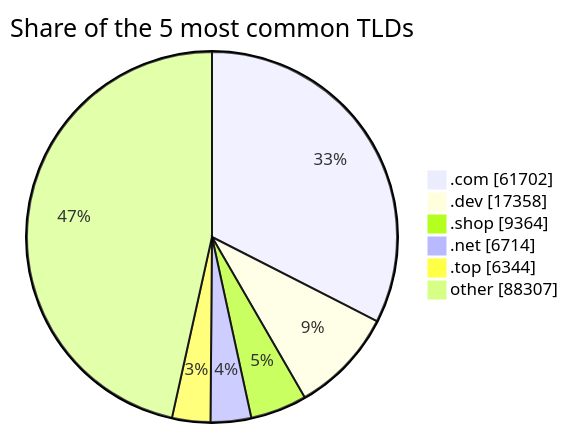
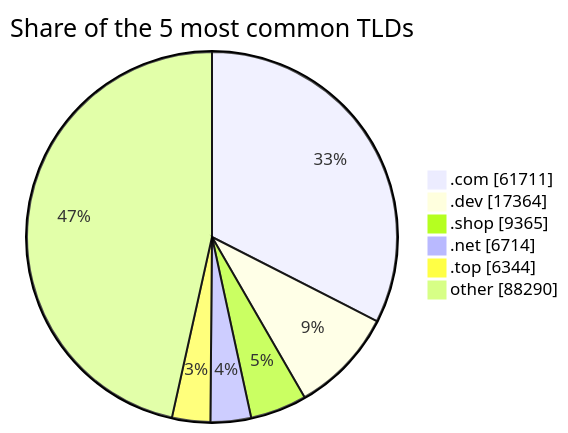
One commit to DNSBunker/CTI changed the third of 3 diagrams in README.md. Above: the diagram before and after it, drawn with Mermaid. The commit also changed other lines of this file and 3 other files, not shown here.

````diff
--- a/README.md
+++ b/README.md
@@ -81,9 +81,9 @@
 ```mermaid
 pie showData title Share of the 5 most common TLDs
-    ".com" : 61702
-    ".dev" : 17358
-    ".shop" : 9364
+    ".com" : 61711
+    ".dev" : 17364
+    ".shop" : 9365
     ".net" : 6714
     ".top" : 6344
-    "other" : 88307
+    "other" : 88290
 ```
````
